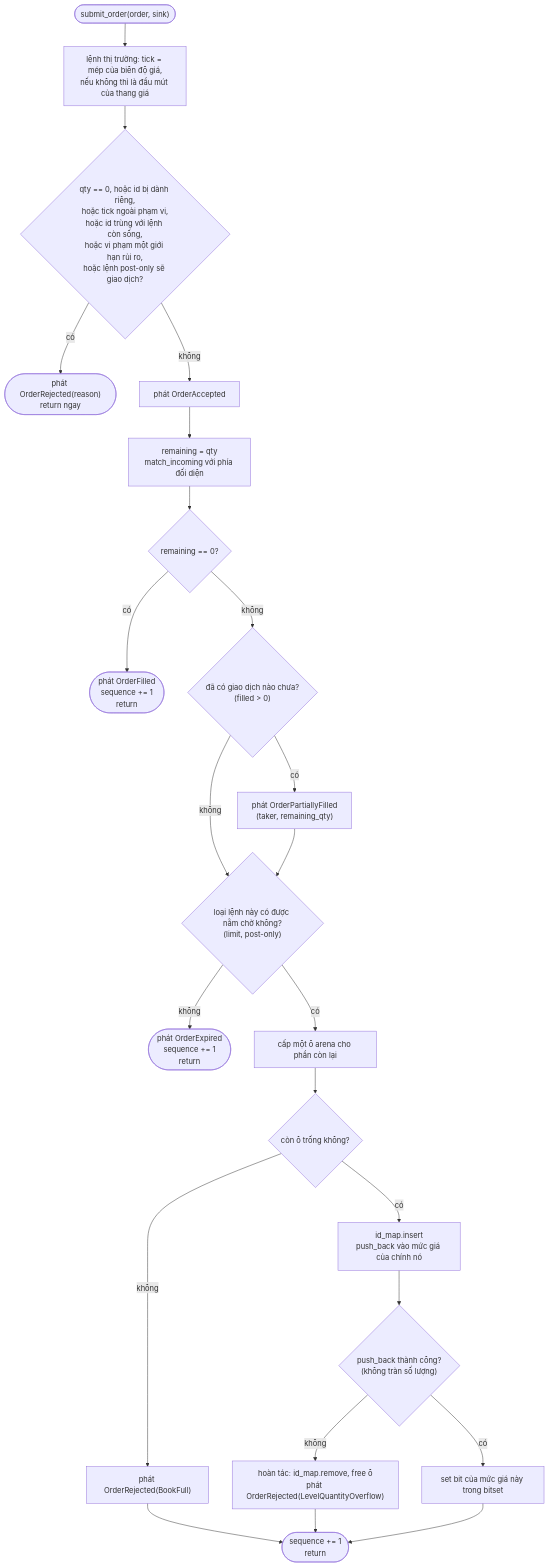
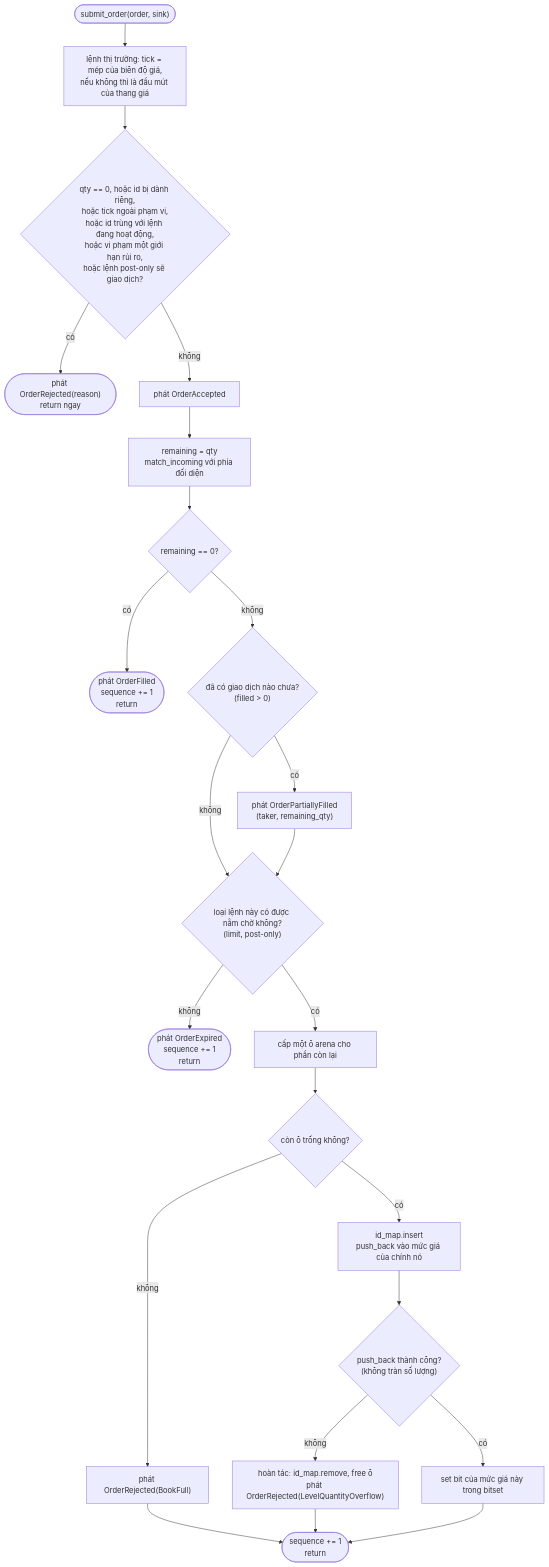
The first of 2 diagrams in docs/vi/06-matching-algorithm.md (daohainam/rust-matching-engine), drawn with Mermaid before and after one commit. The commit also changed other lines of this file and 11 other files, not shown here.

````diff
--- a/docs/vi/06-matching-algorithm.md
+++ b/docs/vi/06-matching-algorithm.md
@@ -76,25 +76,25 @@
 ```mermaid
 flowchart TD
     A(["submit_order(order, sink)"]) --> A2["lệnh thị trường: tick = mép của biên độ giá,<br/>nếu không thì là đầu mút của thang giá"]
-    A2 --> B{"qty == 0, hoặc id bị dành riêng,<br/>hoặc tick ngoài phạm vi,<br/>hoặc id trùng với lệnh còn sống,<br/>hoặc vi phạm một giới hạn rủi ro,<br/>hoặc lệnh post-only sẽ giao dịch?"}
+    A2 --> B{"qty == 0, hoặc id bị dành riêng,<br/>hoặc tick ngoài phạm vi,<br/>hoặc id trùng với lệnh đang hoạt động,<br/>hoặc vi phạm một giới hạn rủi ro,<br/>hoặc lệnh post-only sẽ giao dịch?"}
     B -- có --> R(["phát OrderRejected(reason)<br/>return ngay"])
     B -- không --> C["phát OrderAccepted"]
     C --> D["remaining = qty<br/>match_incoming với phía đối diện"]
     D --> E{"remaining == 0?"}
     E -- có --> F(["phát OrderFilled<br/>sequence += 1<br/>return"])
     E -- không --> G{"đã có giao dịch nào chưa?<br/>(filled > 0)"}
     G -- có --> H["phát OrderPartiallyFilled<br/>(taker, remaining_qty)"]
     G -- không --> T
     H --> T{"loại lệnh này có được nằm chờ không?<br/>(limit, post-only)"}
     T -- không --> X(["phát OrderExpired<br/>sequence += 1<br/>return"])
     T -- có --> I["cấp một ô arena cho phần còn lại"]
     I --> J{"còn ô trống không?"}
     J -- không --> K["phát OrderRejected(BookFull)"]
     J -- có --> L["id_map.insert<br/>push_back vào mức giá của chính nó"]
     L --> M{"push_back thành công?<br/>(không tràn số lượng)"}
     M -- không --> N["hoàn tác: id_map.remove, free ô<br/>phát OrderRejected(LevelQuantityOverflow)"]
     M -- có --> O["set bit của mức giá này trong bitset"]
     K --> P(["sequence += 1<br/>return"])
     N --> P
     O --> P
 ```
````
